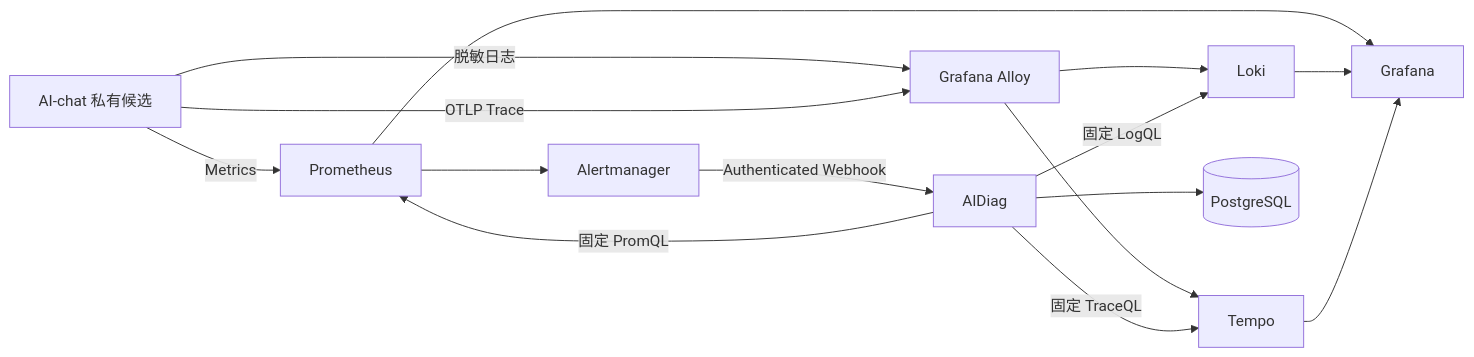
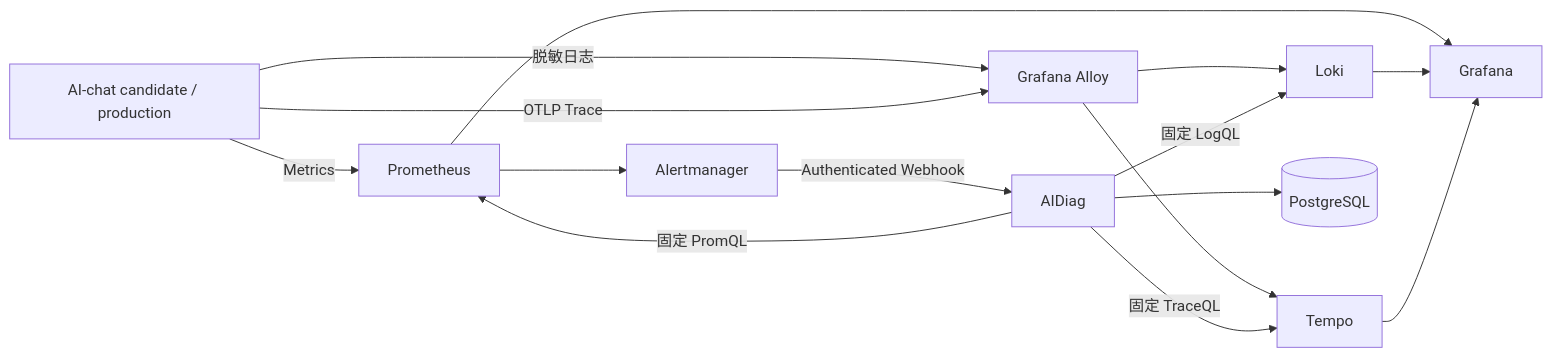
The diagram in README.md (duoduokouduo895/ai-ops), drawn with Mermaid before and after one commit. The commit also changed other lines of this file and 24 other files, not shown here.

````diff
--- a/README.md
+++ b/README.md
@@ -21,17 +23,17 @@
 ```mermaid
 flowchart LR
-    CHAT["AI-chat 私有候选"] -->|Metrics| PROM[Prometheus]
+    CHAT["AI-chat candidate / production"] -->|Metrics| PROM[Prometheus]
     CHAT -->|脱敏日志| ALLOY[Grafana Alloy]
     CHAT -->|OTLP Trace| ALLOY
     ALLOY --> LOKI[Loki]
     ALLOY --> TEMPO[Tempo]
     PROM --> ALERT[Alertmanager]
     ALERT -->|Authenticated Webhook| AIDIAG[AIDiag]
     AIDIAG --> DB[(PostgreSQL)]
     AIDIAG -->|固定 PromQL| PROM
     AIDIAG -->|固定 LogQL| LOKI
     AIDIAG -->|固定 TraceQL| TEMPO
     PROM --> GRAFANA[Grafana]
     LOKI --> GRAFANA
     TEMPO --> GRAFANA
 ```
````
